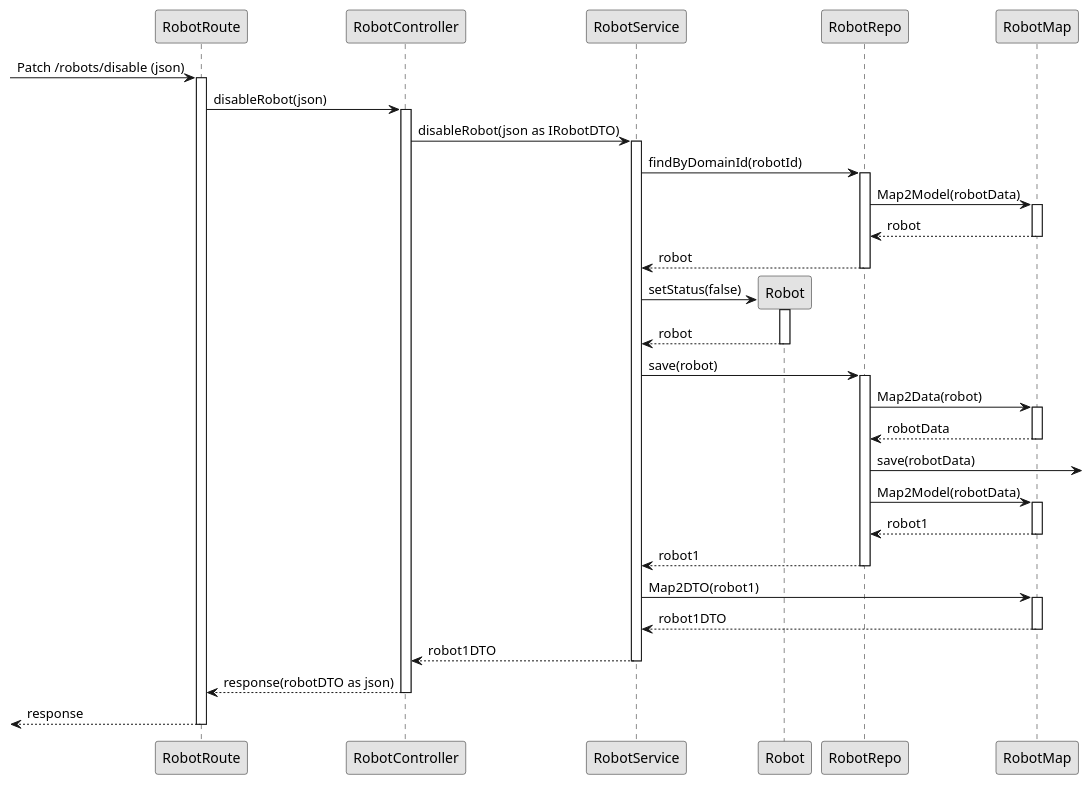
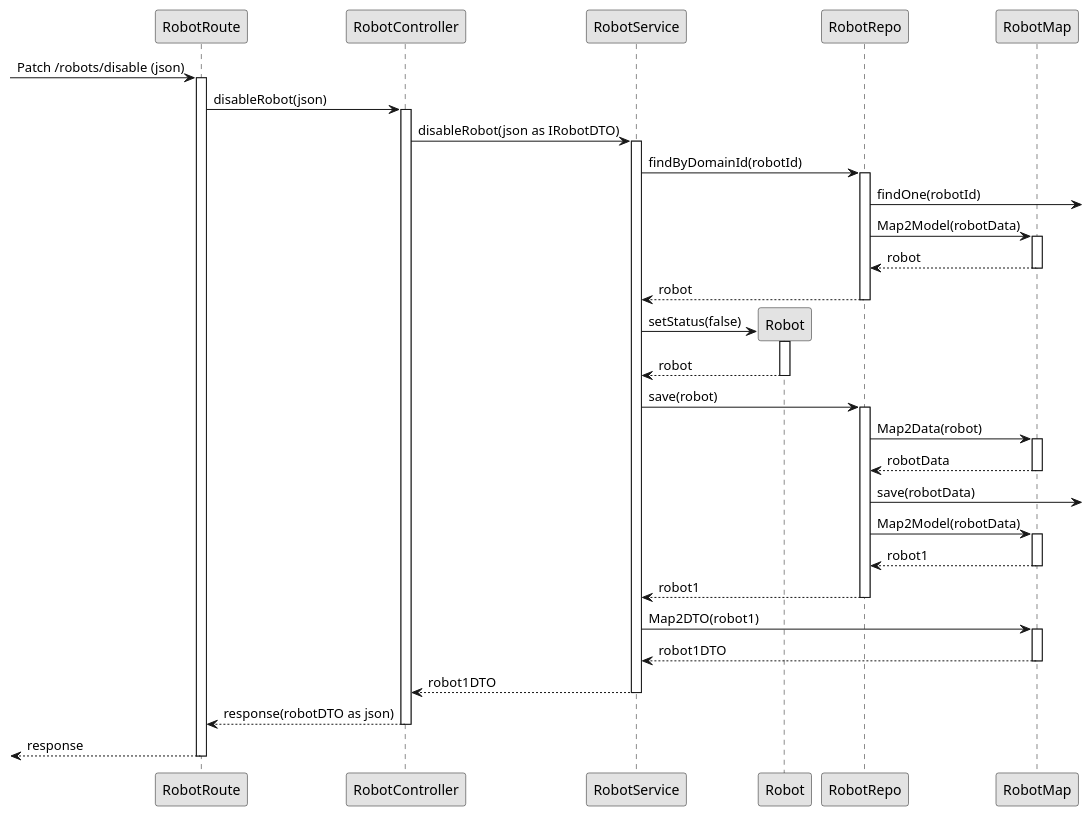
The diagram in WikiMasterDataDevices/Vista Processos/US370/n3vp-us370.puml (1201293/sem5pi-23-24-68), drawn with PlantUML before and after one commit. The commit also changed 8 other files, not shown here.

```diff
--- a/WikiMasterDataDevices/Vista Processos/US370/n3vp-us370.puml
+++ b/WikiMasterDataDevices/Vista Processos/US370/n3vp-us370.puml
@@ -1,57 +1,58 @@
     @startuml
     'http://plantuml.com/skinparam.html
     skinparam monochrome true
     skinparam packageStyle rect
     skinparam shadowing false
 
 
     participant RobotRoute  as route
     participant RobotController as controller
     participant RobotService as service
     participant Robot as domain
     participant RobotRepo as repo
     participant RobotMap as mapper
 
     -> route: Patch /robots/disable (json)
     activate route
     route -> controller: disableRobot(json)
     activate controller
         controller -> service: disableRobot(json as IRobotDTO)
         activate service
         service -> repo: findByDomainId(robotId)
         activate repo
+        repo -> : findOne(robotId)
         repo -> mapper: Map2Model(robotData)
         activate mapper
         mapper --> repo: robot
         deactivate
         repo --> service: robot
         deactivate
         service -> domain**: setStatus(false)
         activate domain
-        domain --> service:robot
+        domain --> service: robot
         deactivate
         service -> repo: save(robot)
         activate repo
         repo -> mapper: Map2Data(robot)
         activate mapper
         mapper --> repo: robotData
         deactivate
         repo -> : save(robotData)
         repo -> mapper: Map2Model(robotData)     
         activate mapper
         mapper --> repo: robot1
         deactivate
         repo --> service: robot1
         deactivate
         service -> mapper: Map2DTO(robot1)
         activate mapper
         mapper--> service: robot1DTO
         deactivate
         service --> controller: robot1DTO
         deactivate
         controller --> route: response(robotDTO as json)
         deactivate
         <-- route: response
         deactivate
         
     @enduml
```
